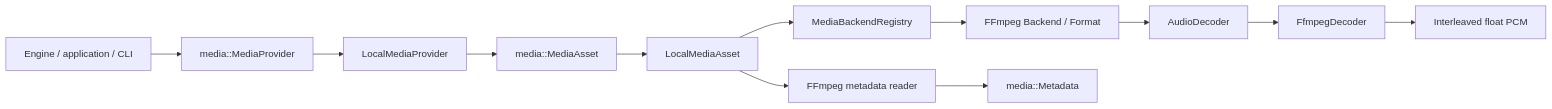
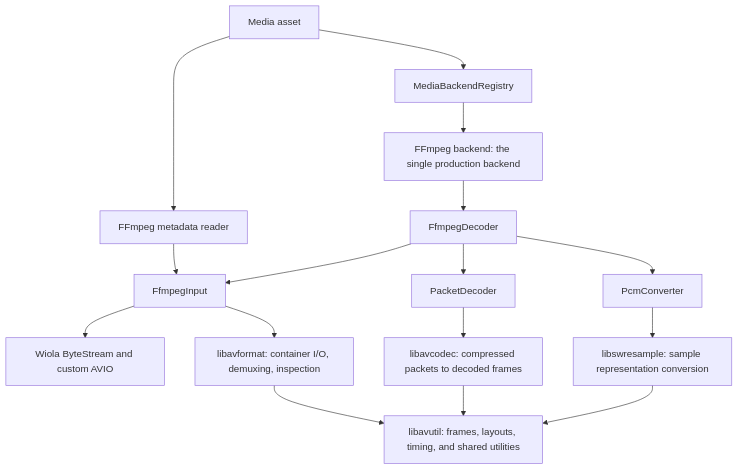
The second of 8 diagrams in src/codec/README.md (Vokerlee/wiola-player), drawn with Mermaid before and after one commit. The commit also changed other lines of this file, not shown here.

Commit message:
docs: explain metadata and duration discovery (#272)

````diff
--- a/src/codec/README.md
+++ b/src/codec/README.md
@@ -52,14 +48,18 @@
 ```mermaid
-flowchart LR
-    Caller[Engine / application / CLI] --> MP[media::MediaProvider]
-    MP --> LP[LocalMediaProvider]
-    LP --> MA[media::MediaAsset]
-    MA --> LA[LocalMediaAsset]
-    LA --> Metadata[FFmpeg metadata reader]
-    LA --> Registry[MediaBackendRegistry]
-    Registry --> Backend[FFmpeg Backend / Format]
-    Backend --> Decoder[AudioDecoder]
-    Decoder --> FD[FfmpegDecoder]
-    FD --> PCM[Interleaved float PCM]
-    Metadata --> MD[media::Metadata]
+flowchart TD
+    Asset[Media asset] --> Registry[MediaBackendRegistry]
+    Asset --> Tags[FFmpeg metadata reader]
+    Registry --> Backend[FFmpeg backend: the single production backend]
+    Backend --> Decoder[FfmpegDecoder]
+    Tags --> Input[FfmpegInput]
+    Decoder --> Input
+    Decoder --> Packets[PacketDecoder]
+    Decoder --> Converter[PcmConverter]
+    Input --> Stream[Wiola ByteStream and custom AVIO]
+    Input --> Format[libavformat: container I/O, demuxing, inspection]
+    Packets --> Codec[libavcodec: compressed packets to decoded frames]
+    Converter --> Resample[libswresample: sample representation conversion]
+    Format --> Util[libavutil: frames, layouts, timing, and shared utilities]
+    Codec --> Util
+    Resample --> Util
 ```
````
